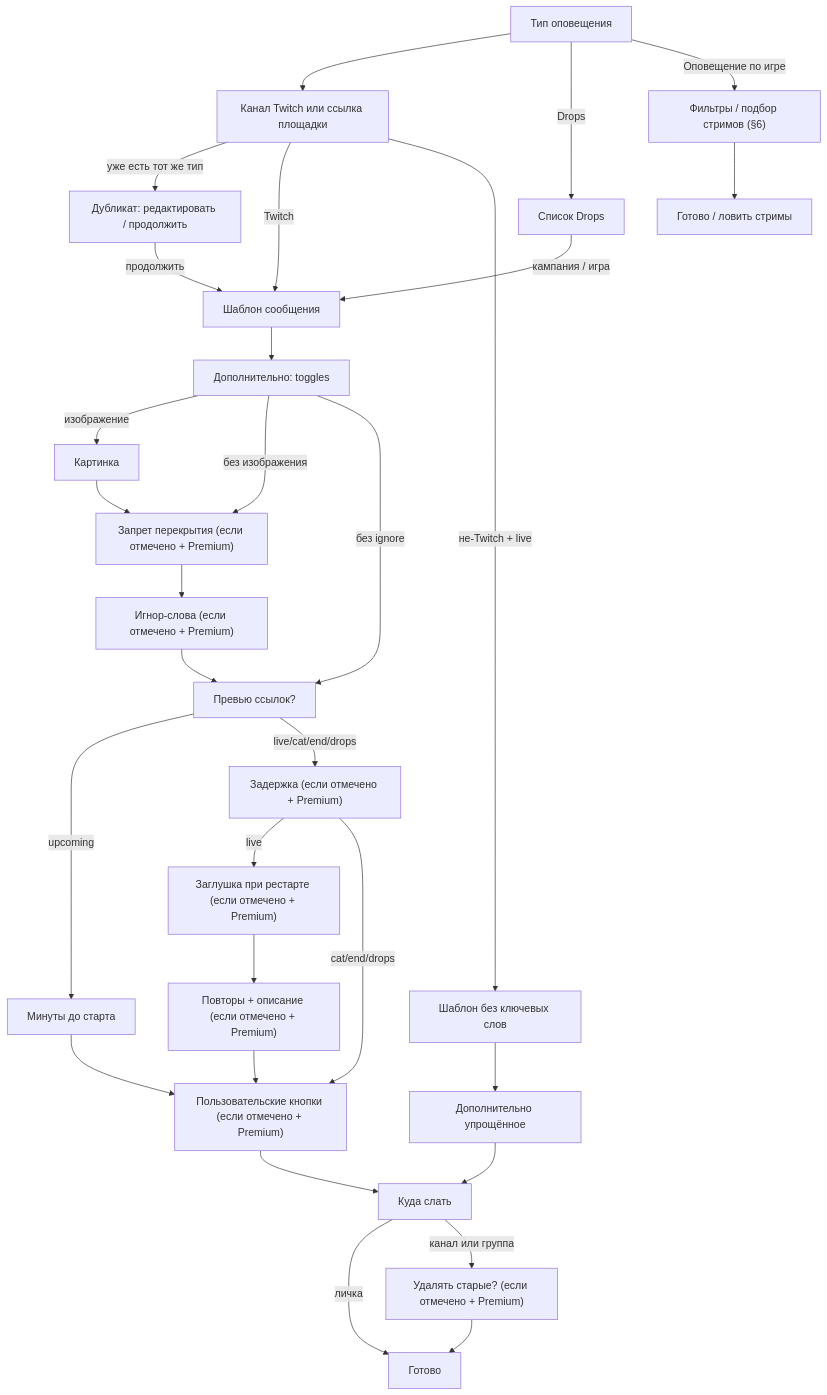
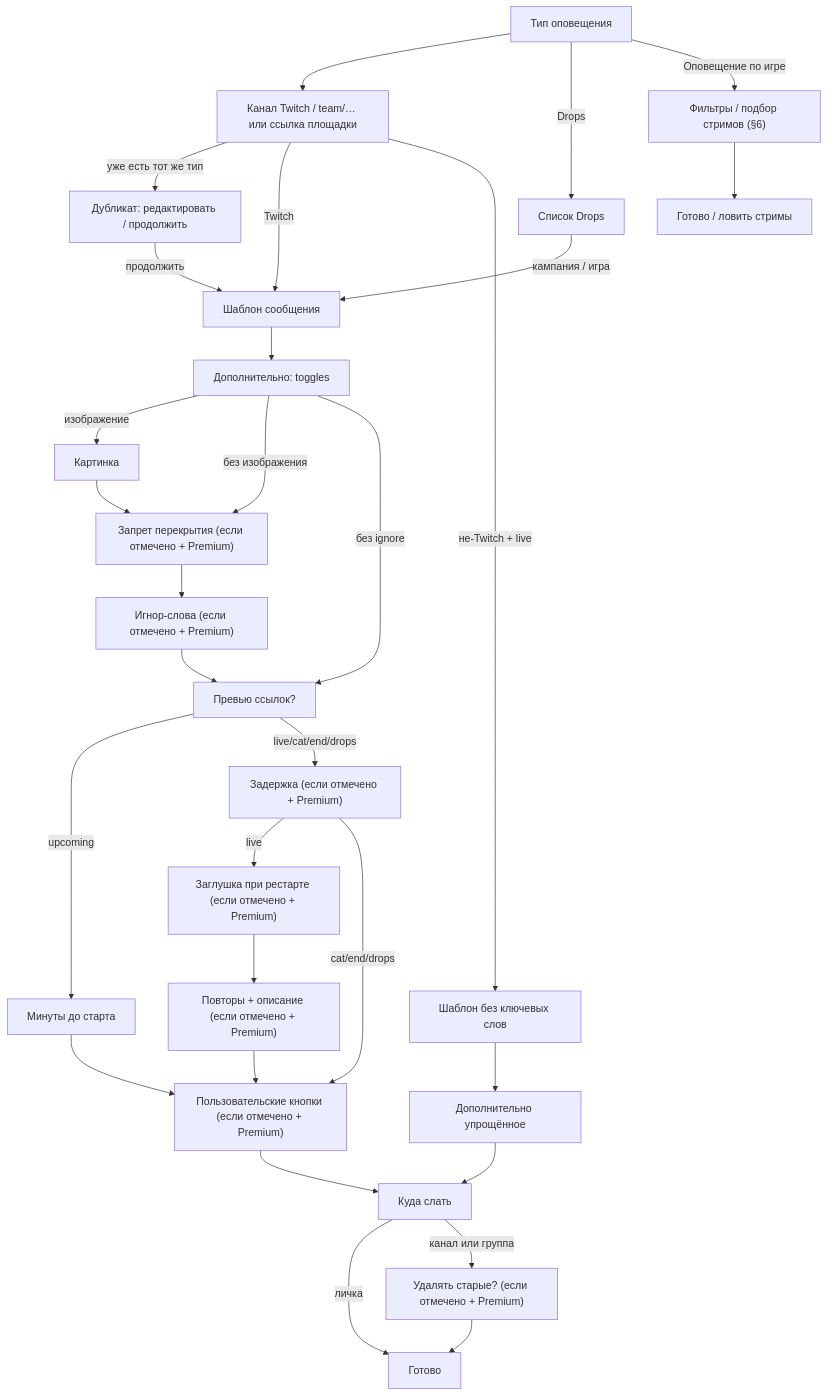
Before and after one commit to Marfa/twitch-telegram-bot: the second of 3 diagrams in docs/user-flow-map.ru.md, drawn with Mermaid. The commit also changed 24 other files, not shown here.

First line of the commit message:
Add Twitch Teams stream alerts with team placeholders.

````diff
--- a/docs/user-flow-map.ru.md
+++ b/docs/user-flow-map.ru.md
@@ -121,32 +121,32 @@
 ```mermaid
 flowchart TD
- AT["Тип оповещения"] --> CH["Канал Twitch или ссылка площадки"]
+ AT["Тип оповещения"] --> CH["Канал Twitch / team/… или ссылка площадки"]
  AT -->|Drops| CAT["Список Drops"]
  AT -->|Оповещение по игре| WAT["Фильтры / подбор стримов (§6)"]
  CH -->|уже есть тот же тип| DUP["Дубликат: редактировать / продолжить"]
  CH -->|Twitch| TPL["Шаблон сообщения"]
  CH -->|не-Twitch + live| TPLE["Шаблон без ключевых слов"]
  CAT -->|кампания / игра| TPL
  DUP -->|продолжить| TPL
  TPL --> OPT["Дополнительно: toggles"]
  TPLE --> OPTE["Дополнительно упрощённое"]
  OPT -->|изображение| IMG["Картинка"]
  OPT -->|без изображения| OVL
  IMG --> OVL["Запрет перекрытия (если отмечено + Premium)"]
  OVL --> IGN["Игнор-слова (если отмечено + Premium)"]
  IGN --> LP["Превью ссылок?"]
  OPT -->|без ignore| LP
  LP -->|upcoming| SRM["Минуты до старта"]
  LP -->|live/cat/end/drops| DL["Задержка (если отмечено + Premium)"]
  DL -->|live| RST["Заглушка при рестарте (если отмечено + Premium)"]
  RST --> REP["Повторы + описание (если отмечено + Premium)"]
  REP --> BTN["Пользовательские кнопки (если отмечено + Premium)"]
  BTN --> DEST["Куда слать"]
  OPTE --> DEST
  SRM --> BTN
  DL -->|cat/end/drops| BTN
  DEST -->|личка| DONE["Готово"]
  DEST -->|канал или группа| DEL["Удалять старые? (если отмечено + Premium)"]
  DEL --> DONE
  WAT --> ENDW["Готово / ловить стримы"]
 ```
````
